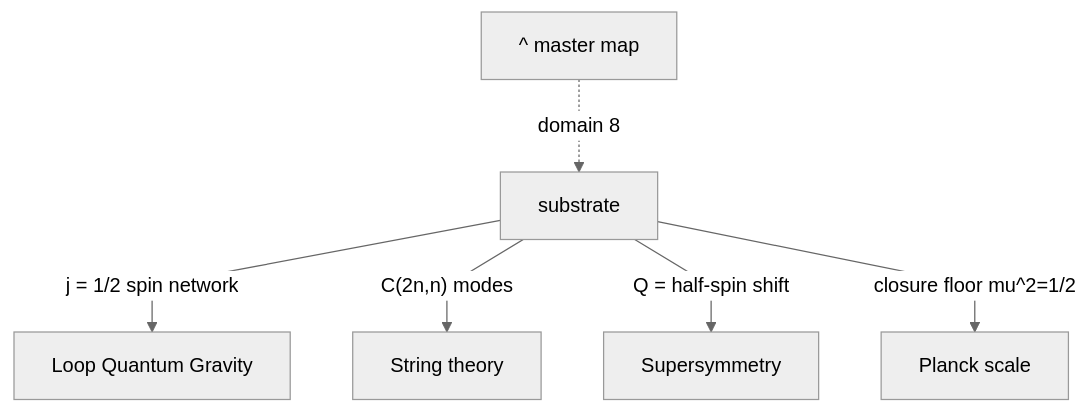
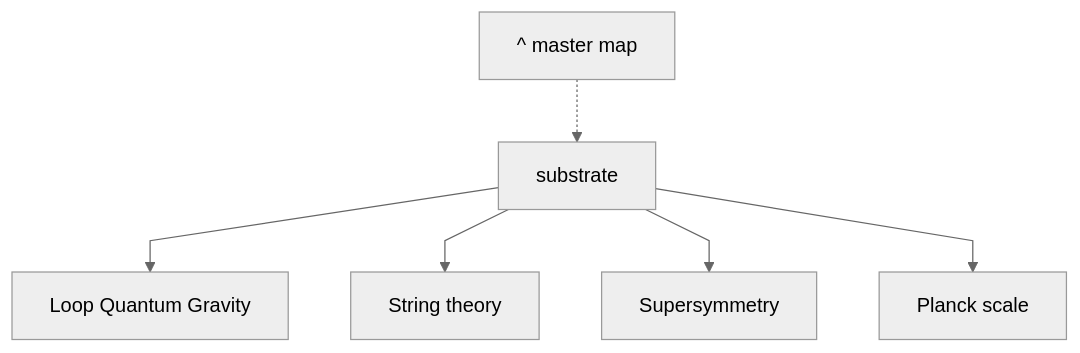
Before and after one commit to jimscarver/quantum-logical-framework: the ninth of 11 diagrams in FlowChart.md, drawn with Mermaid. The commit also changed other lines of this file, not shown here.

First line of the commit message:
FlowChart.md: remove edge labels, move connectors to text legends (definitive GitHub render fix)

````diff
--- a/FlowChart.md
+++ b/FlowChart.md
@@ -181,9 +197,9 @@
 ```mermaid
 %%{init: {"theme":"neutral", "flowchart": {"curve": "linear"}}}%%
 flowchart TD
-  H8["^ master map"] -.->|"domain 8"| S["substrate"]
-  S -->|"j = 1/2 spin network"| LQ["Loop Quantum Gravity"]
-  S -->|"C(2n,n) modes"| ST["String theory"]
-  S -->|"Q = half-spin shift"| SU["Supersymmetry"]
-  S -->|"closure floor mu^2=1/2"| PL["Planck scale"]
+  H8["^ master map"] -.-> S["substrate"]
+  S --> LQ["Loop Quantum Gravity"]
+  S --> ST["String theory"]
+  S --> SU["Supersymmetry"]
+  S --> PL["Planck scale"]
 ```
````
